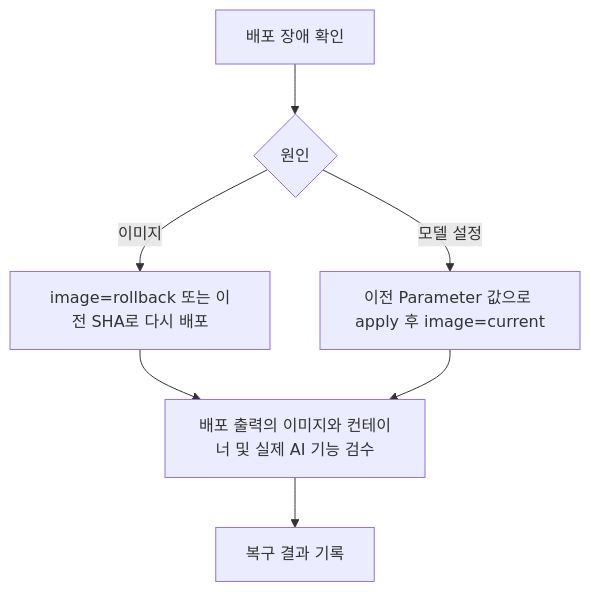
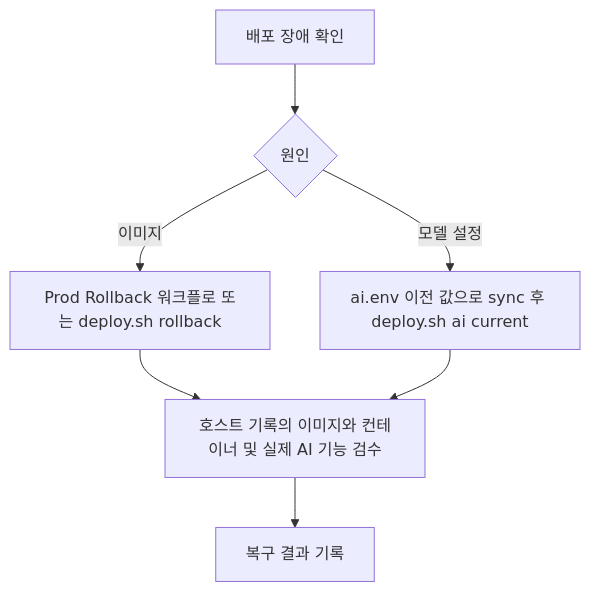
Before and after one commit to KIM-N-KANG/knk-harness: the fifth of 5 diagrams in docs/operations/DEPLOYMENT.md, drawn with Mermaid. The commit also changed other lines of this file and 1 other file, not shown here.

Commit message:
[KNK-2140] Docs: 운영 배포 문서를 OCI 운영 호스트 기준으로 고치고 DPL-D09, D10을 더함

````diff
--- a/docs/operations/DEPLOYMENT.md
+++ b/docs/operations/DEPLOYMENT.md
@@ -324,9 +337,9 @@
 ```mermaid
 flowchart TD
     F["배포 장애 확인"] --> C{"원인"}
-    C -->|이미지| I["image=rollback 또는 이전 SHA로 다시 배포"]
-    C -->|모델 설정| M["이전 Parameter 값으로 apply 후 image=current"]
-    I --> V["배포 출력의 이미지와 컨테이너 및 실제 AI 기능 검수"]
+    C -->|이미지| I["Prod Rollback 워크플로 또는 deploy.sh rollback"]
+    C -->|모델 설정| M["ai.env 이전 값으로 sync 후 deploy.sh ai current"]
+    I --> V["호스트 기록의 이미지와 컨테이너 및 실제 AI 기능 검수"]
     M --> V
     V --> R["복구 결과 기록"]
 ```
````
